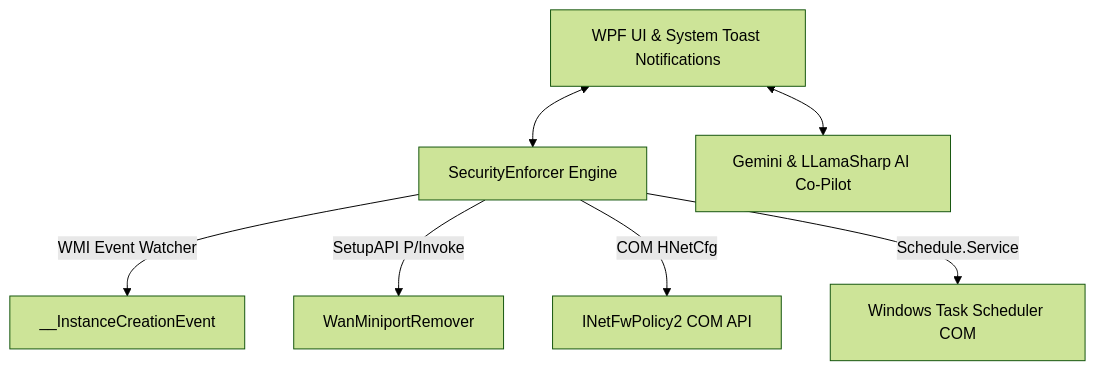
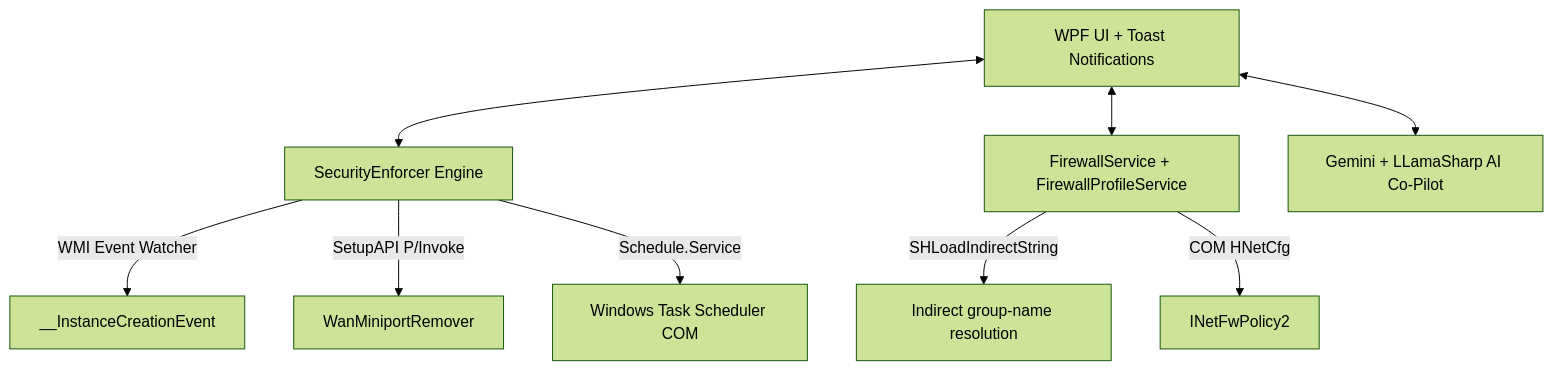
One commit to dparksports/AutoCommand changed the diagram in README.md. Above: the diagram before and after it, drawn with Mermaid (forest theme). The commit also changed other lines of this file and 3 other files, not shown here.

````diff
--- a/README.md
+++ b/README.md
@@ -44,9 +103,11 @@
 ```mermaid
 graph TD
-    UI[WPF UI & System Toast Notifications] <--> Enforcer[SecurityEnforcer Engine]
+    UI[WPF UI + Toast Notifications] <--> Enforcer[SecurityEnforcer Engine]
+    UI <--> FW[FirewallService + FirewallProfileService]
+    FW -->|SHLoadIndirectString| Resolve[Indirect group-name resolution]
+    FW -->|COM HNetCfg| NetFw[INetFwPolicy2]
     Enforcer -->|WMI Event Watcher| AdapterEvents[__InstanceCreationEvent]
     Enforcer -->|SetupAPI P/Invoke| NativeDevice[WanMiniportRemover]
-    Enforcer -->|COM HNetCfg| Firewall[INetFwPolicy2 COM API]
     Enforcer -->|Schedule.Service| TaskSched[Windows Task Scheduler COM]
-    UI <--> AI[Gemini & LLamaSharp AI Co-Pilot]
+    UI <--> AI[Gemini + LLamaSharp AI Co-Pilot]
 ```
````
